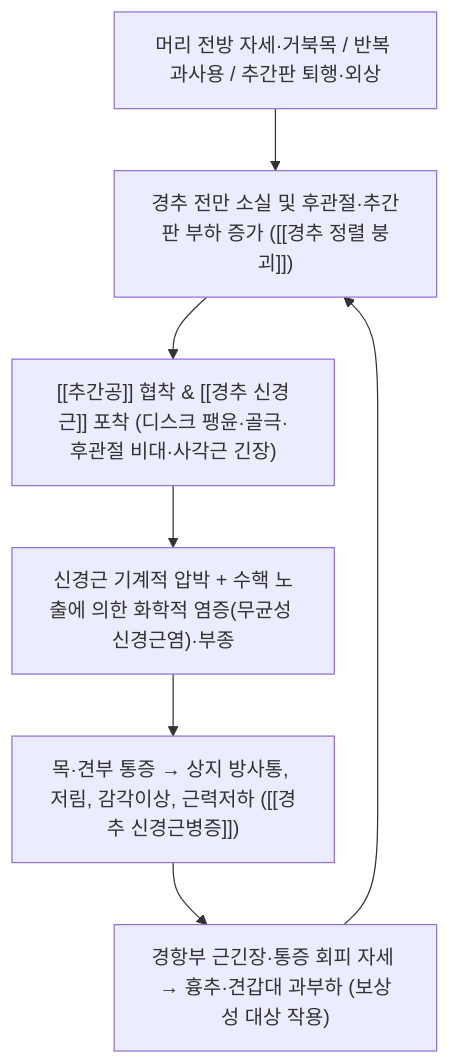
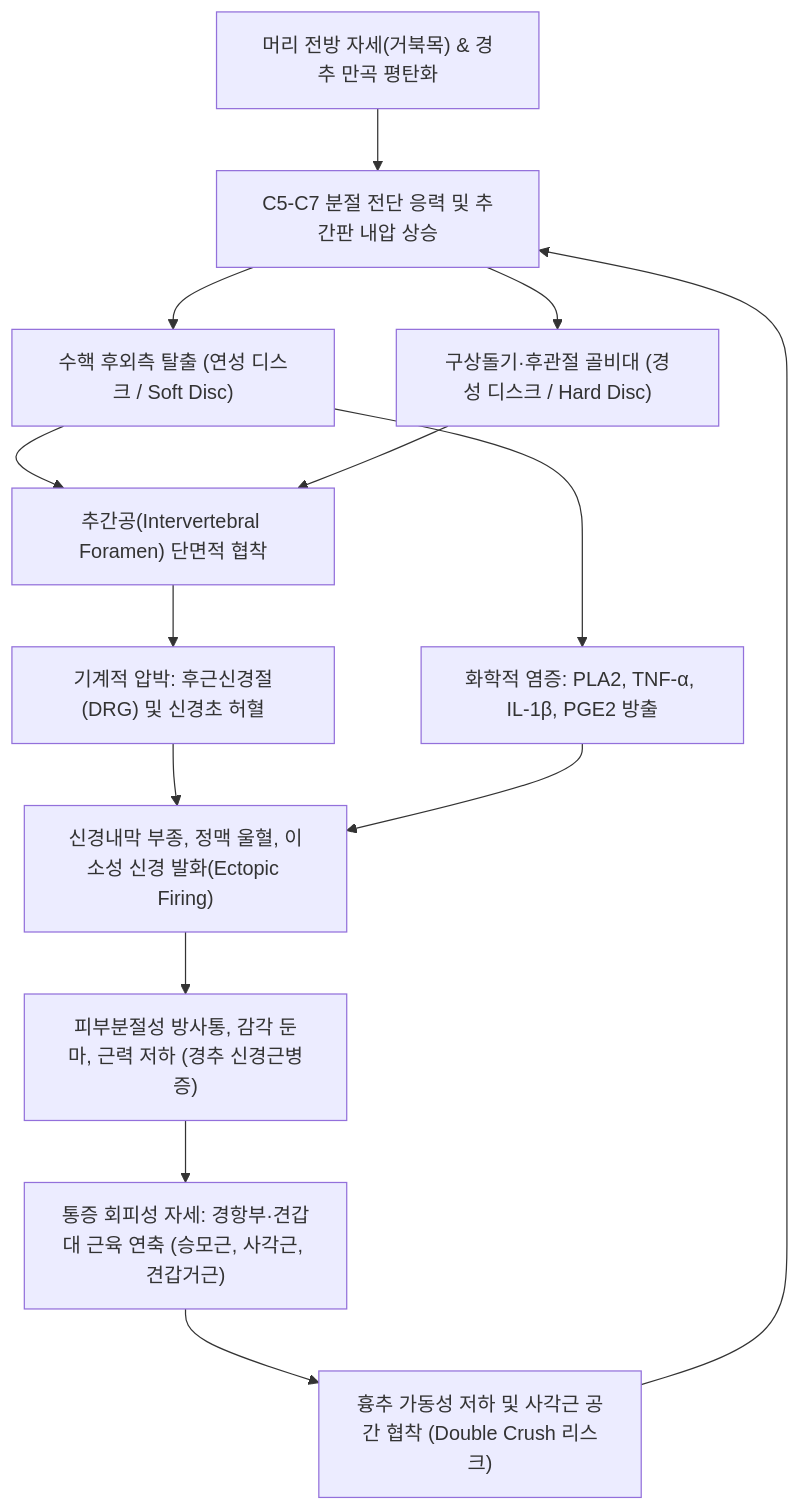
The first of 3 diagrams in content/3. 이론 공부/질환/근골격계 질환/척추/경추 신경근병증.md (simbio11/simbio-digital-garden2), drawn with Mermaid before and after one commit. The commit also changed other lines of this file and 350 other files, not shown here.

````diff
--- a/content/3. 이론 공부/질환/근골격계 질환/척추/경추 신경근병증.md
+++ b/content/3. 이론 공부/질환/근골격계 질환/척추/경추 신경근병증.md
@@ -85,9 +83,16 @@
 ```mermaid
 graph TD
-    Cause["머리 전방 자세·거북목 / 반복 과사용 / 추간판 퇴행·외상"] --> Biomech["경추 전만 소실 및 후관절·추간판 부하 증가 ([[경추 정렬 붕괴]])"]
-    Biomech --> Entrap["[[추간공]] 협착 & [[경추 신경근]] 포착 (디스크 팽윤·골극·후관절 비대·사각근 긴장)"]
-    Entrap --> Ischemia["신경근 기계적 압박 + 수핵 노출에 의한 화학적 염증(무균성 신경근염)·부종"]
-    Ischemia --> Pain["목·견부 통증 → 상지 방사통, 저림, 감각이상, 근력저하 ([[경추 신경근병증]])"]
-    Pain --> Comp["경항부 근긴장·통증 회피 자세 → 흉추·견갑대 과부하 (보상성 대상 작용)"]
-    Comp --> Biomech
+    A["머리 전방 자세(거북목) & 경추 만곡 평탄화"] --> B["C5-C7 분절 전단 응력 및 추간판 내압 상승"]
+    B --> C1["수핵 후외측 탈출 (연성 디스크 / Soft Disc)"]
+    B --> C2["구상돌기·후관절 골비대 (경성 디스크 / Hard Disc)"]
+    C1 --> D["추간공(Intervertebral Foramen) 단면적 협착"]
+    C2 --> D
+    D --> E1["기계적 압박: 후근신경절(DRG) 및 신경초 허혈"]
+    C1 --> E2["화학적 염증: PLA2, TNF-α, IL-1β, PGE2 방출"]
+    E1 --> F["신경내막 부종, 정맥 울혈, 이소성 신경 발화(Ectopic Firing)"]
+    E2 --> F
+    F --> G["피부분절성 방사통, 감각 둔마, 근력 저하 (경추 신경근병증)"]
+    G --> H["통증 회피성 자세: 경항부·견갑대 근육 연축 (승모근, 사각근, 견갑거근)"]
+    H --> I["흉추 가동성 저하 및 사각근 공간 협착 (Double Crush 리스크)"]
+    I --> B
 ```
````
